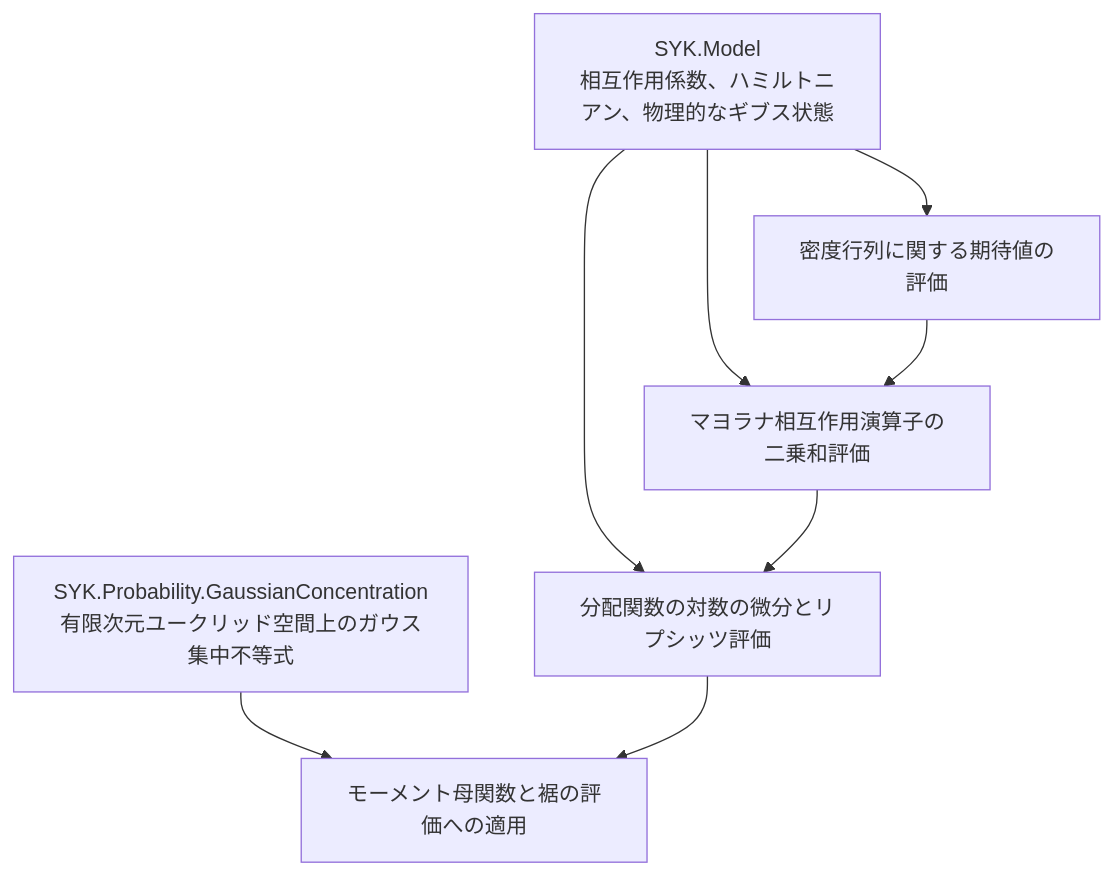
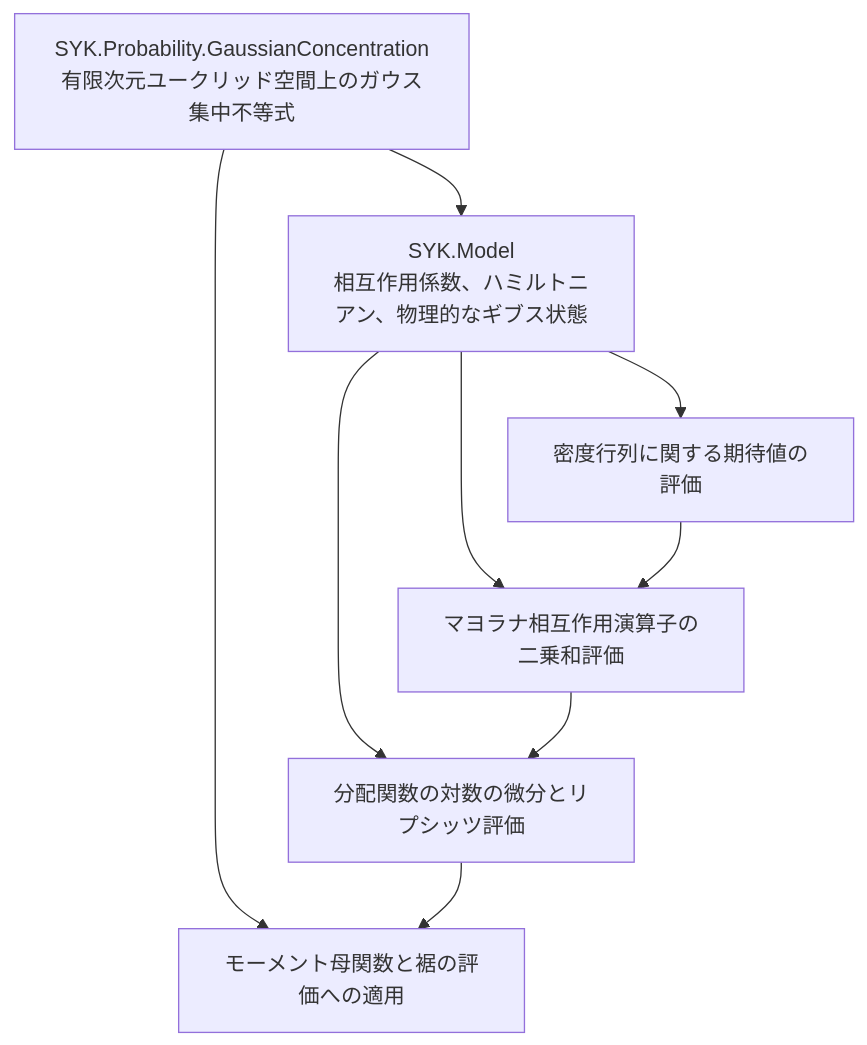
Before and after one commit to TokyoProbabilityGroup/SYK_CLT: the diagram in SYK/SuperConcentration/ARCHITECTURE.md, drawn with Mermaid. The commit also changed other lines of this file and 11 other files, not shown here.

````diff
--- a/SYK/SuperConcentration/ARCHITECTURE.md
+++ b/SYK/SuperConcentration/ARCHITECTURE.md
@@ -11,17 +11,18 @@
 ```mermaid
 flowchart TD
     gaussian["SYK.Probability.GaussianConcentration<br/>有限次元ユークリッド空間上のガウス集中不等式"]
     model["SYK.Model<br/>相互作用係数、ハミルトニアン、物理的なギブス状態"]
     density["密度行列に関する期待値の評価"]
     majorana["マヨラナ相互作用演算子の二乗和評価"]
     lipschitz["分配関数の対数の微分とリプシッツ評価"]
     concentration["モーメント母関数と裾の評価への適用"]
 
+    gaussian --> model
     gaussian --> concentration
     model --> density
     model --> majorana
     model --> lipschitz
     density --> majorana
     majorana --> lipschitz
     lipschitz --> concentration
 ```
````
